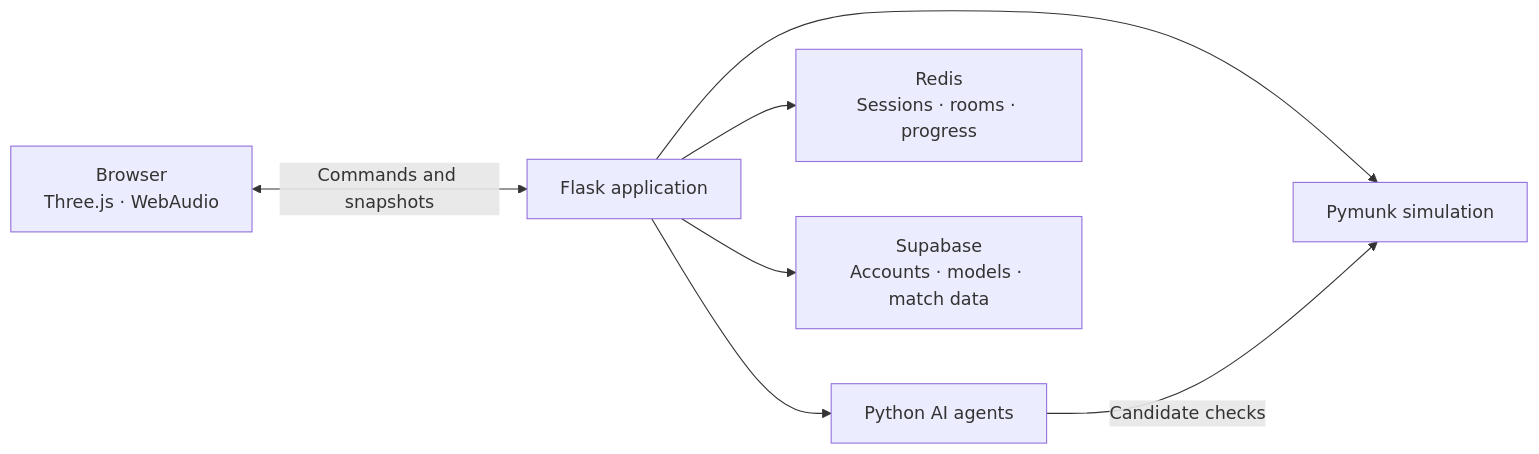
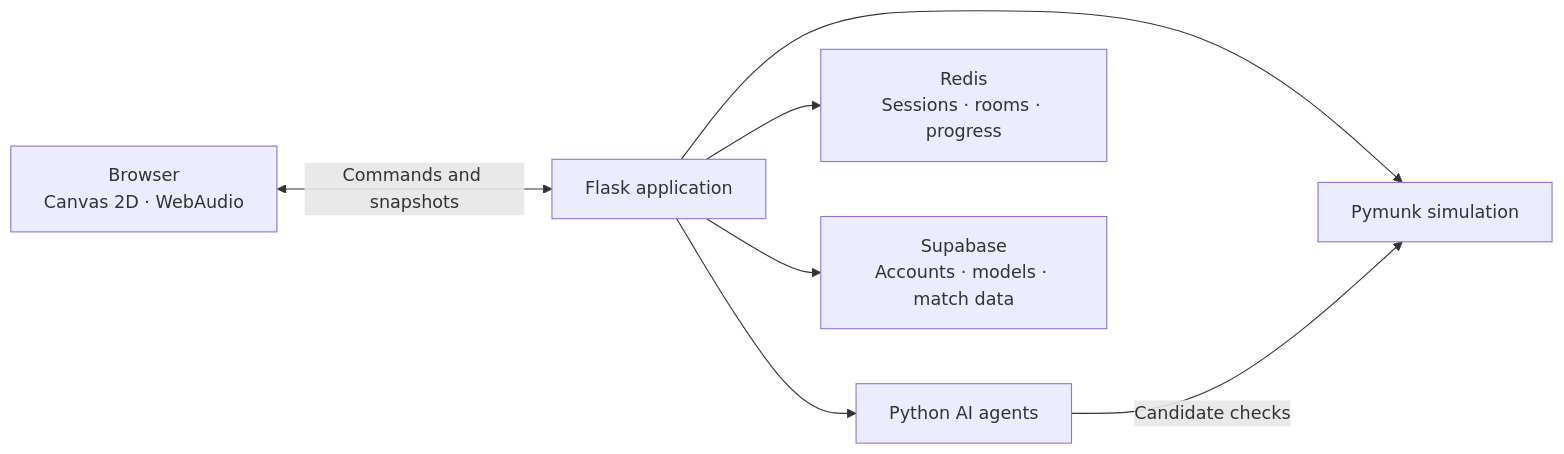
Before and after one commit to NghiemNgocDuc/Drag_Soccer_with_Agent: the diagram in README.md, drawn with Mermaid. The commit also changed other lines of this file and 23 other files, not shown here.

````diff
--- a/README.md
+++ b/README.md
@@ -167,9 +167,9 @@
 ```mermaid
 flowchart LR
-    Browser["Browser<br/>Three.js · WebAudio"] <-->|"Commands and snapshots"| App["Flask application"]
+    Browser["Browser<br/>Canvas 2D · WebAudio"] <-->|"Commands and snapshots"| App["Flask application"]
     App --> Physics["Pymunk simulation"]
     App --> Agents["Python AI agents"]
     Agents -->|"Candidate checks"| Physics
     App --> Redis["Redis<br/>Sessions · rooms · progress"]
     App --> Supabase["Supabase<br/>Accounts · models · match data"]
 ```
````
